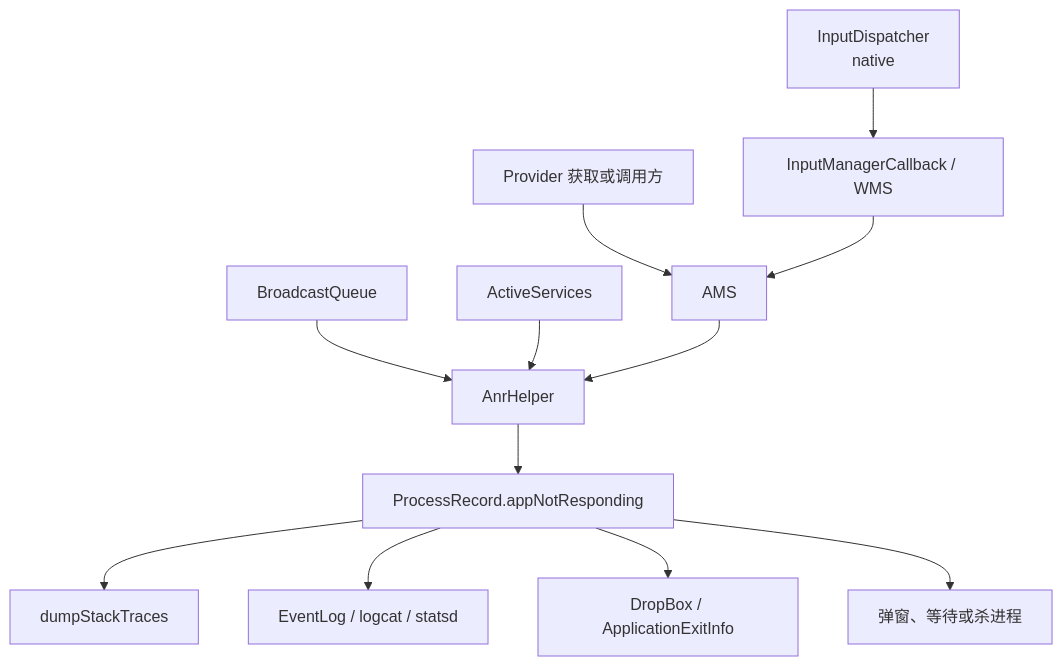
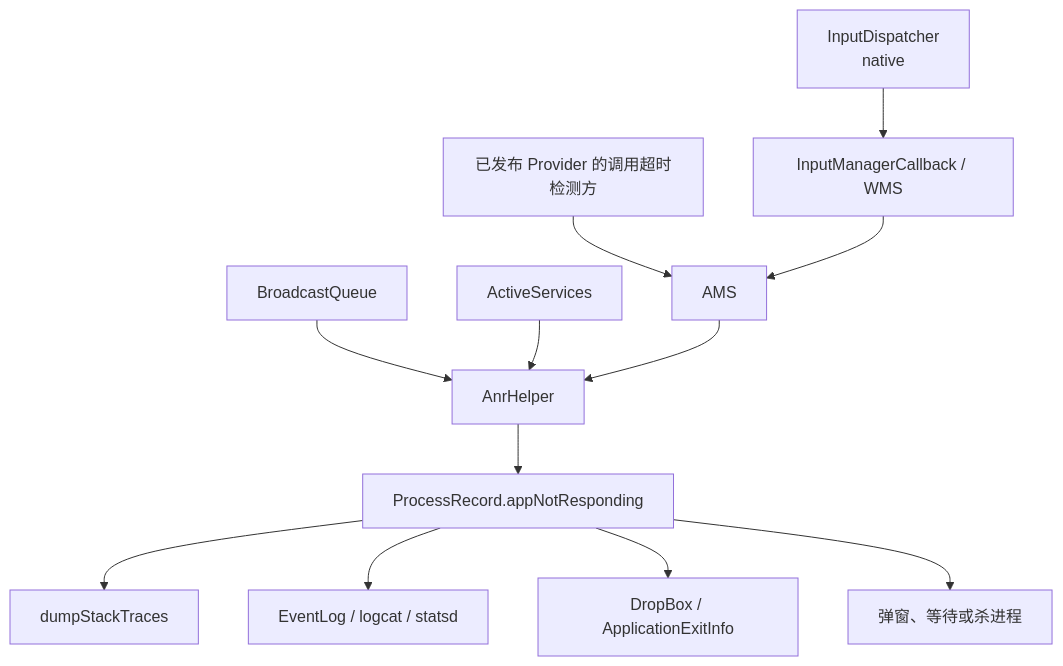
One commit to junyingzhao001/StudyNotes changed the first of 5 diagrams in Android源码学习/18-ANR原理与系统诊断.md. Above: the diagram before and after it, drawn with Mermaid. The commit also changed other lines of this file and 617 other files, not shown here.

````diff
--- a/Android源码学习/18-ANR原理与系统诊断.md
+++ b/Android源码学习/18-ANR原理与系统诊断.md
@@ -93,14 +93,14 @@
 ```mermaid
 flowchart TD
     INPUT["InputDispatcher<br/>native"] --> POLICY["InputManagerCallback / WMS"]
     BQ["BroadcastQueue"] --> HELPER["AnrHelper"]
     AS["ActiveServices"] --> HELPER
-    PROVIDER["Provider 获取或调用方"] --> AMS["AMS"]
+    PROVIDER["已发布 Provider 的调用超时检测方"] --> AMS["AMS"]
     POLICY --> AMS
     AMS --> HELPER
     HELPER --> PR["ProcessRecord.appNotResponding"]
     PR --> TRACE["dumpStackTraces"]
     PR --> LOG["EventLog / logcat / statsd"]
     PR --> DROPBOX["DropBox / ApplicationExitInfo"]
     PR --> DECIDE["弹窗、等待或杀进程"]
 ```
````
